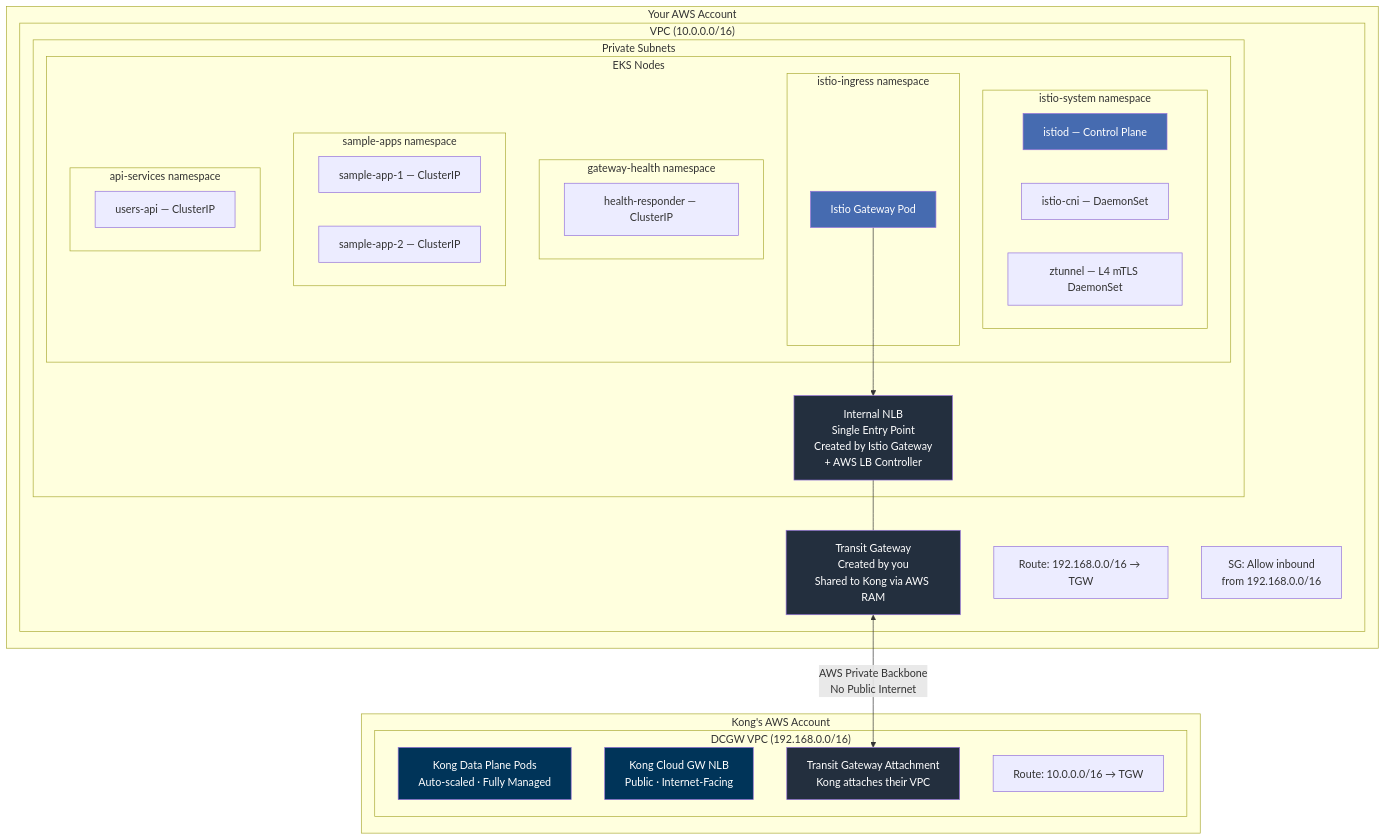
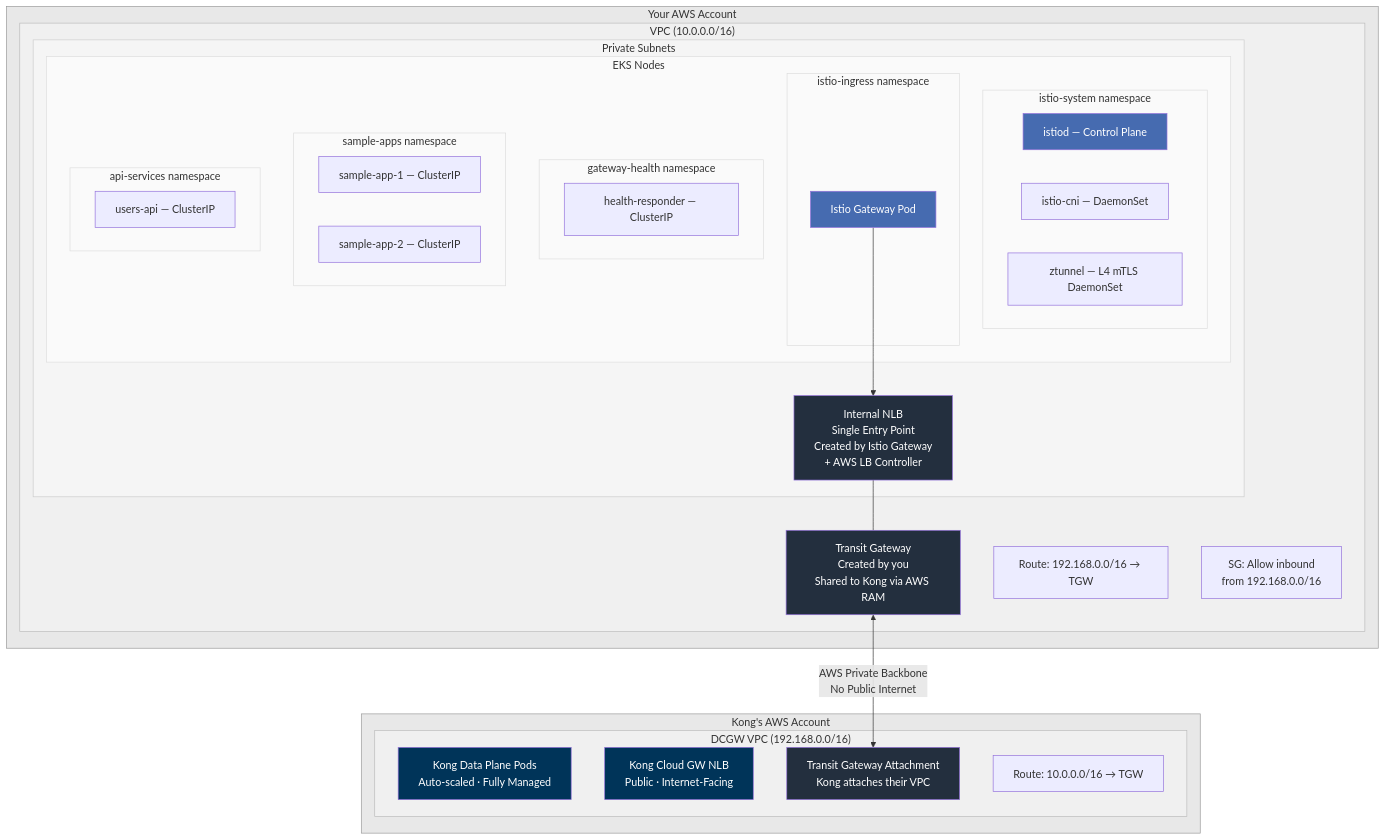
The third of 4 diagrams in README.md (shanaka-versent/Kong-Konnect-Cloud-Gateway-on-EKS), drawn with Mermaid before and after one commit. The commit also changed other lines of this file, not shown here.

First line of the commit message:
Change mermaid diagram subgraph backgrounds to light gray

````diff
--- a/README.md
+++ b/README.md
@@ -113,54 +121,65 @@
 ```mermaid
 graph TB
-    subgraph "Your AWS Account"
+    subgraph your_acct2 ["Your AWS Account"]
         subgraph VPC ["VPC (10.0.0.0/16)"]
             subgraph PrivSubnets [Private Subnets]
                 subgraph EKSNodes [EKS Nodes]
                     subgraph ns_istio_system ["istio-system namespace"]
                         istiod_n[istiod — Control Plane]
                         cni_n[istio-cni — DaemonSet]
                         ztunnel_n[ztunnel — L4 mTLS DaemonSet]
                     end
                     subgraph ns_istio_ingress ["istio-ingress namespace"]
                         gw_pod[Istio Gateway Pod]
                     end
-                    subgraph ns_gw_health ["gateway-health namespace"]
+                    subgraph ns_gw_health2 ["gateway-health namespace"]
                         health_n[health-responder — ClusterIP]
                     end
                     subgraph ns_sample_apps ["sample-apps namespace"]
                         app1_n[sample-app-1 — ClusterIP]
                         app2_n[sample-app-2 — ClusterIP]
                     end
-                    subgraph ns_api ["api-services namespace"]
+                    subgraph ns_api2 ["api-services namespace"]
                         api_n[users-api — ClusterIP]
                     end
                 end
                 INLB[Internal NLB<br/>Single Entry Point<br/>Created by Istio Gateway<br/>+ AWS LB Controller]
             end
             TGW_Y[Transit Gateway<br/>Created by you<br/>Shared to Kong via AWS RAM]
             RT_Y[Route: 192.168.0.0/16 → TGW]
             SG_Y[SG: Allow inbound<br/>from 192.168.0.0/16]
         end
     end
 
-    subgraph "Kong's AWS Account"
+    subgraph kong_acct2 ["Kong's AWS Account"]
         subgraph KVPC ["DCGW VPC (192.168.0.0/16)"]
             KDP[Kong Data Plane Pods<br/>Auto-scaled · Fully Managed]
             KNLB[Kong Cloud GW NLB<br/>Public · Internet-Facing]
             TGW_K[Transit Gateway Attachment<br/>Kong attaches their VPC]
             RT_K[Route: 10.0.0.0/16 → TGW]
         end
     end
 
     gw_pod --> INLB
     INLB --- TGW_Y
     TGW_Y <-->|AWS Private Backbone<br/>No Public Internet| TGW_K
 
     style TGW_Y fill:#232F3E,color:#fff
     style TGW_K fill:#232F3E,color:#fff
     style INLB fill:#232F3E,color:#fff
     style KNLB fill:#003459,color:#fff
     style KDP fill:#003459,color:#fff
     style gw_pod fill:#466BB0,color:#fff
     style istiod_n fill:#466BB0,color:#fff
+    style your_acct2 fill:#E8E8E8,stroke:#999,color:#333
+    style kong_acct2 fill:#E8E8E8,stroke:#999,color:#333
+    style VPC fill:#F0F0F0,stroke:#BBB,color:#333
+    style KVPC fill:#F0F0F0,stroke:#BBB,color:#333
+    style PrivSubnets fill:#F5F5F5,stroke:#CCC,color:#333
+    style EKSNodes fill:#FAFAFA,stroke:#DDD,color:#333
+    style ns_istio_system fill:#FAFAFA,stroke:#DDD,color:#333
+    style ns_istio_ingress fill:#FAFAFA,stroke:#DDD,color:#333
+    style ns_gw_health2 fill:#FAFAFA,stroke:#DDD,color:#333
+    style ns_sample_apps fill:#FAFAFA,stroke:#DDD,color:#333
+    style ns_api2 fill:#FAFAFA,stroke:#DDD,color:#333
 ```
````
